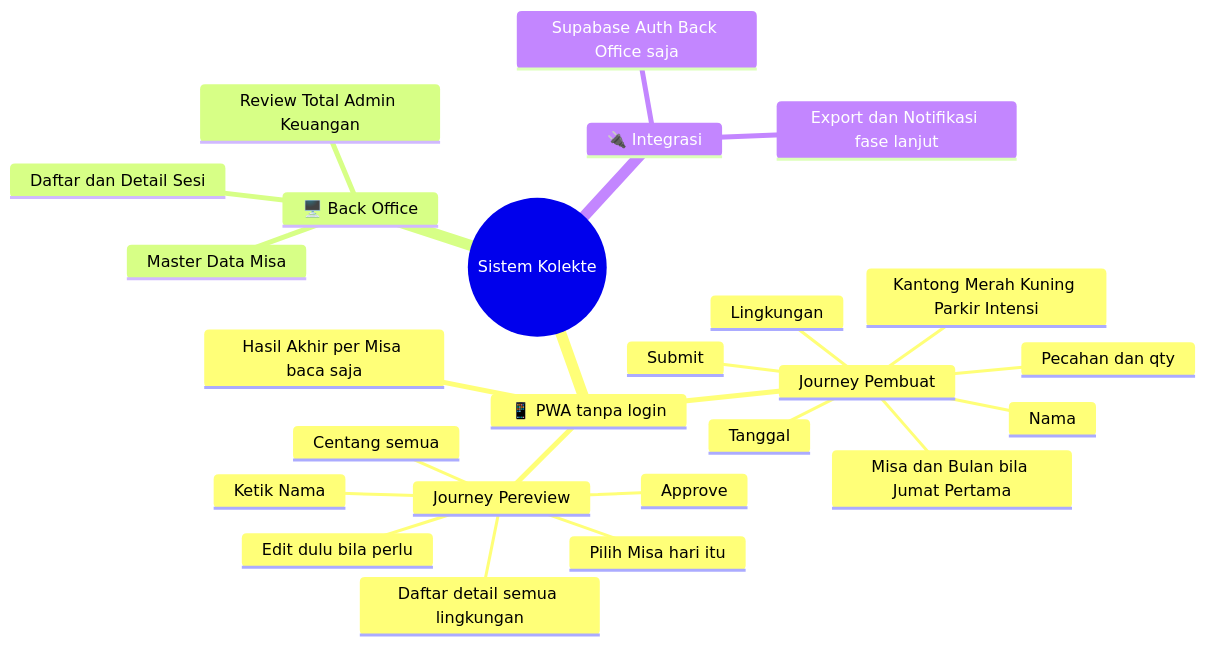
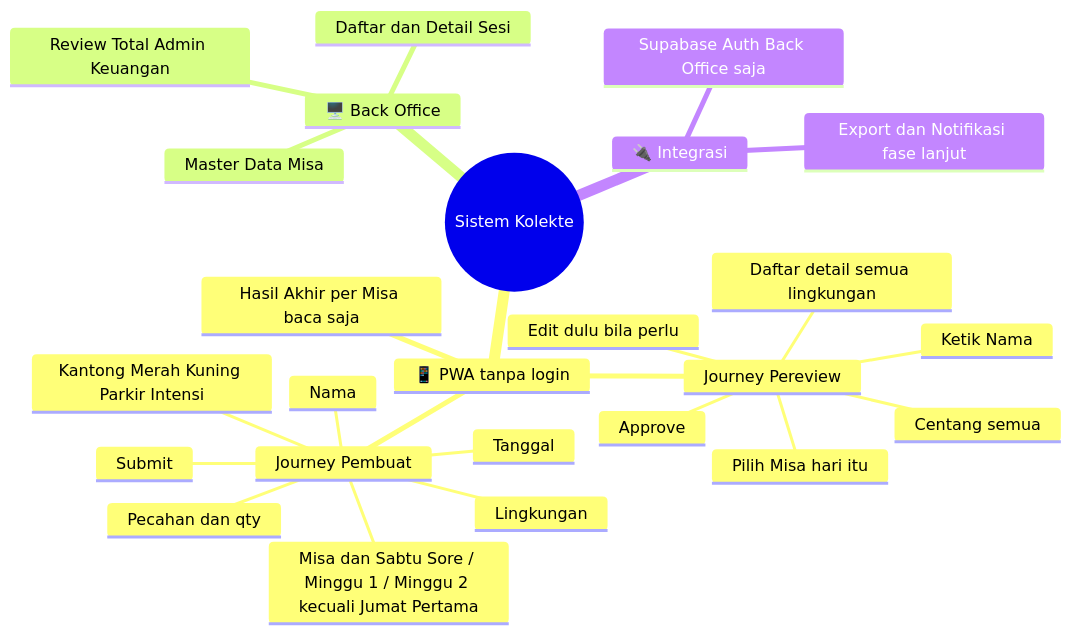
The first of 12 diagrams in docs/PRD_Sistem_Kolekte.md (vicaanne2014/kolekte.ygp), drawn with Mermaid before and after one commit. The commit also changed other lines of this file and 18 other files, not shown here.

First line of the commit message:
Master Misa berjenis Minggu/Jumat Pertama, rekap per kantong, seeder admin

````diff
--- a/docs/PRD_Sistem_Kolekte.md
+++ b/docs/PRD_Sistem_Kolekte.md
@@ -104,28 +110,28 @@
 ```mermaid
 mindmap
   root((Sistem Kolekte))
     📱 PWA tanpa login
       Journey Pembuat
         Nama
         Tanggal
-        Misa dan Bulan bila Jumat Pertama
+        Misa dan Sabtu Sore / Minggu 1 / Minggu 2 kecuali Jumat Pertama
         Lingkungan
         Kantong Merah Kuning Parkir Intensi
         Pecahan dan qty
         Submit
       Journey Pereview
         Pilih Misa hari itu
         Ketik Nama
         Daftar detail semua lingkungan
         Edit dulu bila perlu
         Centang semua
         Approve
       Hasil Akhir per Misa baca saja
     🖥️ Back Office
       Daftar dan Detail Sesi
       Review Total Admin Keuangan
       Master Data Misa
     🔌 Integrasi
       Supabase Auth Back Office saja
       Export dan Notifikasi fase lanjut
 ```
````
